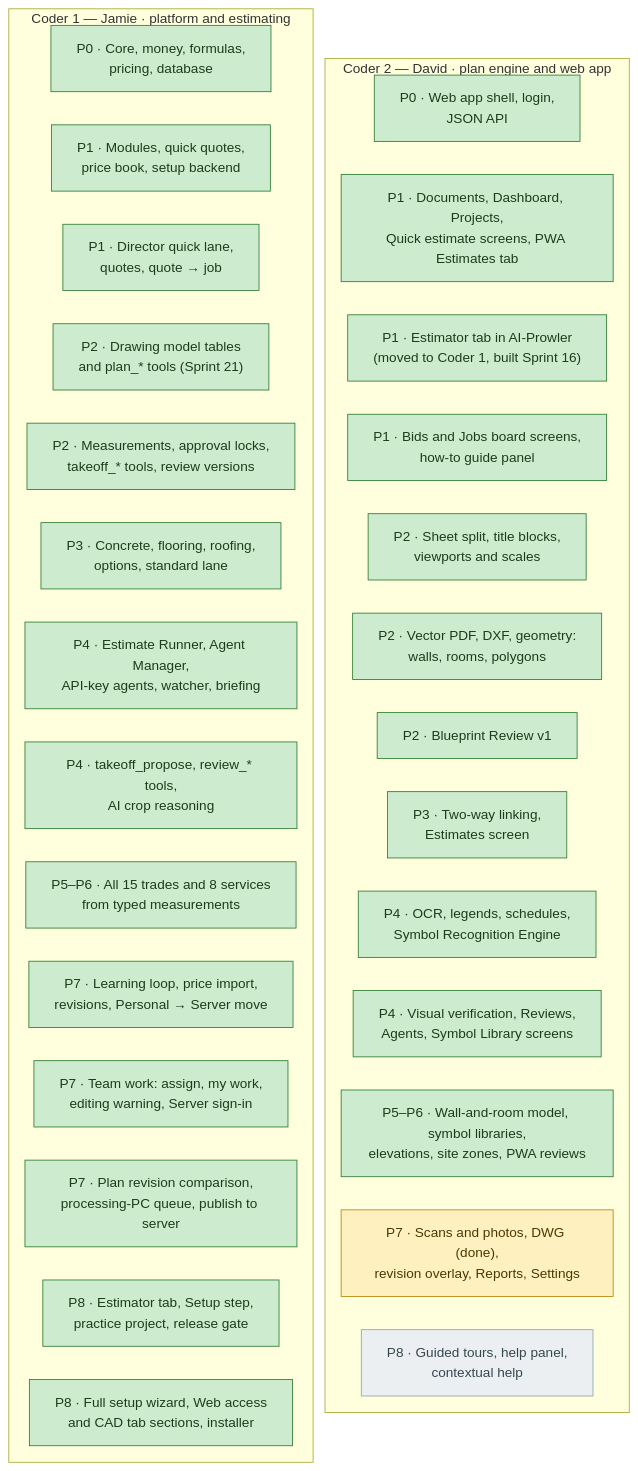
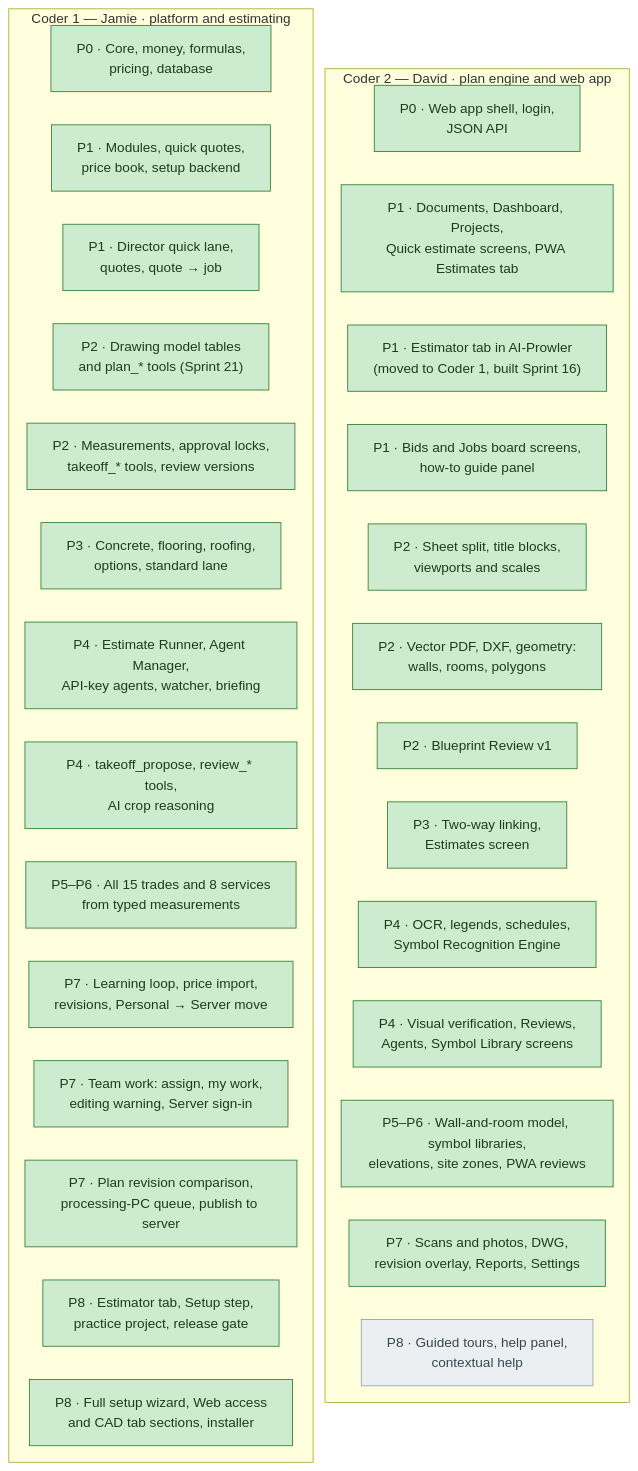
The second of 3 diagrams in docs/estimator/AI-Prowler Estimator Design Spec.md (dvavro/AI-Prowler), drawn with Mermaid before and after one commit. The commit also changed other lines of this file and 17 other files, not shown here.

````diff
--- a/docs/estimator/AI-Prowler Estimator Design Spec.md
+++ b/docs/estimator/AI-Prowler Estimator Design Spec.md
@@ -1133,43 +1133,43 @@
 ```mermaid
 %%{init: {"flowchart": {"nodeSpacing": 18, "rankSpacing": 14, "wrappingWidth": 260}}}%%
 flowchart LR
     subgraph C1["Coder 1 — Jamie · platform and estimating"]
         direction TB
         A0["P0 · Core, money, formulas,<br/>pricing, database"]:::done
         A1["P1 · Modules, quick quotes,<br/>price book, setup backend"]:::done
         A2["P1 · Director quick lane,<br/>quotes, quote → job"]:::done
         A3["P2 · Drawing model tables<br/>and plan_* tools (Sprint 21)"]:::done
         A4["P2 · Measurements, approval locks,<br/>takeoff_* tools, review versions"]:::done
         A5["P3 · Concrete, flooring, roofing,<br/>options, standard lane"]:::done
         A6["P4 · Estimate Runner, Agent Manager,<br/>API-key agents, watcher, briefing"]:::done
         A7["P4 · takeoff_propose, review_* tools,<br/>AI crop reasoning"]:::done
         A8["P5–P6 · All 15 trades and 8 services<br/>from typed measurements"]:::done
         A9["P7 · Learning loop, price import,<br/>revisions, Personal → Server move"]:::done
         A10["P7 · Team work: assign, my work,<br/>editing warning, Server sign-in"]:::done
         A11["P7 · Plan revision comparison,<br/>processing-PC queue, publish to server"]:::done
         A12["P8 · Estimator tab, Setup step,<br/>practice project, release gate"]:::done
         A13["P8 · Full setup wizard, Web access<br/>and CAD tab sections, installer"]:::done
         A0 ~~~ A1 ~~~ A2 ~~~ A3 ~~~ A4 ~~~ A5 ~~~ A6 ~~~ A7 ~~~ A8 ~~~ A9 ~~~ A10 ~~~ A11 ~~~ A12 ~~~ A13
     end
     subgraph C2["Coder 2 — David · plan engine and web app"]
         direction TB
         B0["P0 · Web app shell, login,<br/>JSON API"]:::done
         B1["P1 · Documents, Dashboard, Projects,<br/>Quick estimate screens, PWA Estimates tab"]:::done
         B2["P1 · Estimator tab in AI-Prowler<br/>(moved to Coder 1, built Sprint 16)"]:::done
         B3["P1 · Bids and Jobs board screens,<br/>how-to guide panel"]:::done
         B4["P2 · Sheet split, title blocks,<br/>viewports and scales"]:::done
         B5["P2 · Vector PDF, DXF, geometry:<br/>walls, rooms, polygons"]:::done
         B6["P2 · Blueprint Review v1"]:::done
         B7["P3 · Two-way linking,<br/>Estimates screen"]:::done
         B8["P4 · OCR, legends, schedules,<br/>Symbol Recognition Engine"]:::done
         B9["P4 · Visual verification, Reviews,<br/>Agents, Symbol Library screens"]:::done
         B10["P5–P6 · Wall-and-room model, symbol libraries,<br/>elevations, site zones, PWA reviews"]:::done
-        B11["P7 · Scans and photos, DWG (done),<br/>revision overlay, Reports, Settings"]:::wip
+        B11["P7 · Scans and photos, DWG,<br/>revision overlay, Reports, Settings"]:::done
         B12["P8 · Guided tours, help panel,<br/>contextual help"]:::todo
         B0 ~~~ B1 ~~~ B2 ~~~ B3 ~~~ B4 ~~~ B5 ~~~ B6 ~~~ B7 ~~~ B8 ~~~ B9 ~~~ B10 ~~~ B11 ~~~ B12
     end
     C1 ~~~ C2
     classDef done fill:#cdeccf,stroke:#2e7d32,color:#1b3d1c
     classDef wip fill:#fff1bf,stroke:#b8860b,color:#4a3800
     classDef todo fill:#eceff1,stroke:#90a4ae,color:#37474f
 ```
````
